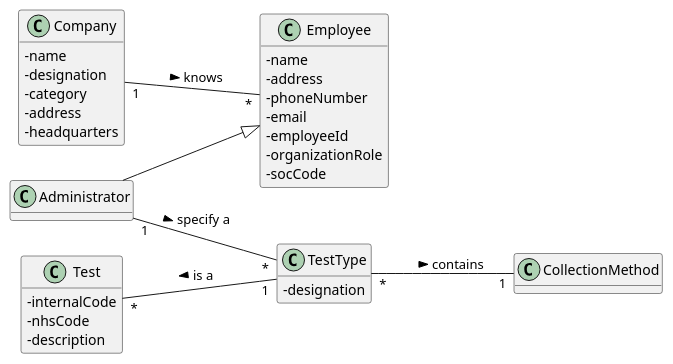
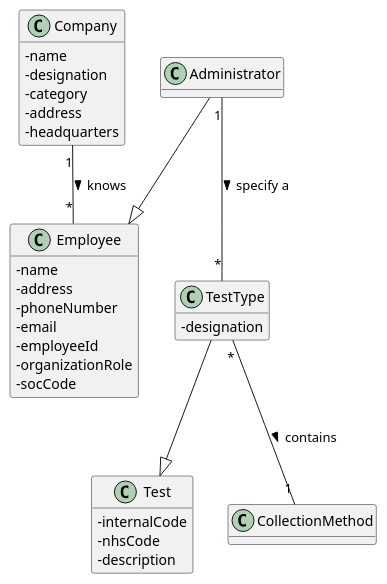
The diagram in docs/SprintB/US09/US09_DM.puml (manu-07-ela/LAPR2_ISEP), drawn with PlantUML before and after one commit. The commit also changed 1 other file, not shown here.

```diff
--- a/docs/SprintB/US09/US09_DM.puml
+++ b/docs/SprintB/US09/US09_DM.puml
@@ -1,48 +1,48 @@
 @startuml
 hide methods
-left to right direction
+'left to right direction
 skinparam classAttributeIconSize 0
 
 class Company{
 -name
 -designation
 -category
 -address
 -headquarters
 }
 
 class Employee{
 -name
 -address
 -phoneNumber
 -email
 -employeeId
 -organizationRole
 -socCode
 }
 
 class Administrator{
 }
 
 class Test{
 -internalCode
 -nhsCode
 -description
 }
 
 class TestType{
 -designation
 }
 
 class CollectionMethod{
 }
 
 
 Company "1"--"*" Employee : knows >
 Administrator --|> Employee
 Administrator "1"--"*" TestType : specify a >
-Test "*"--"1" TestType : < is a
+TestType --|> Test
 TestType "*"--"1" CollectionMethod : contains >
 
 
 @enduml
```
